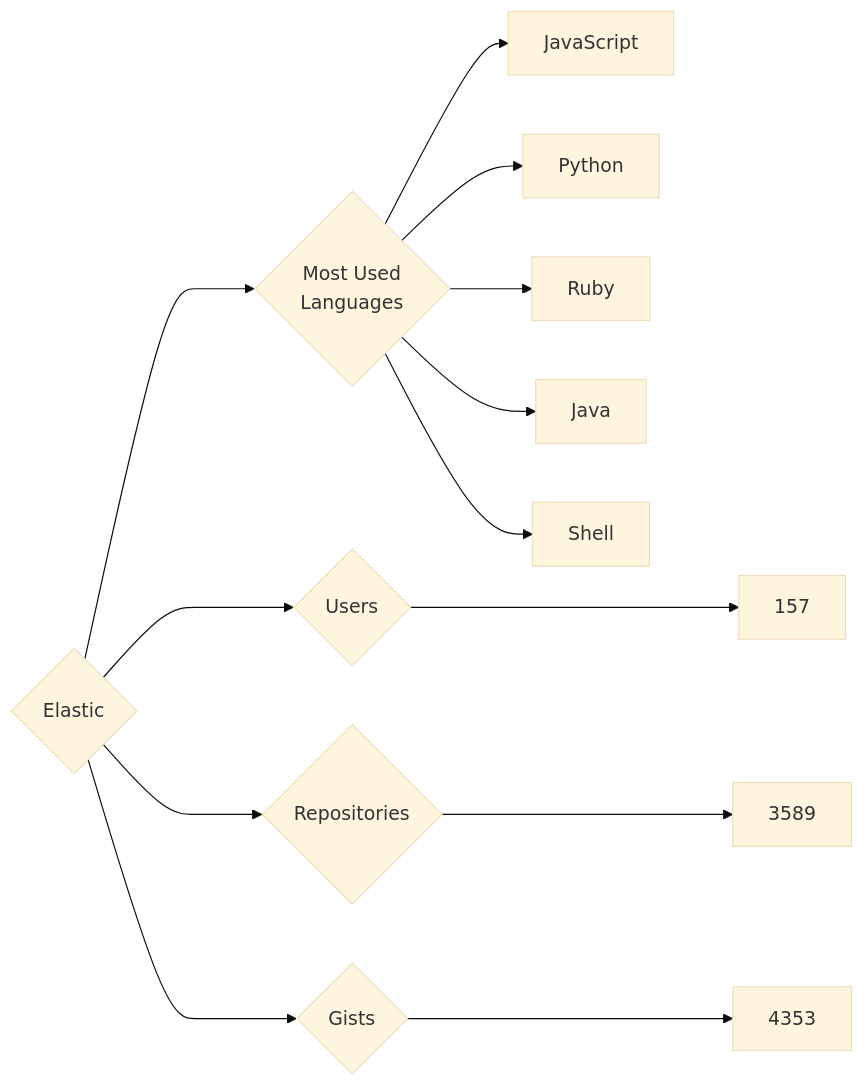
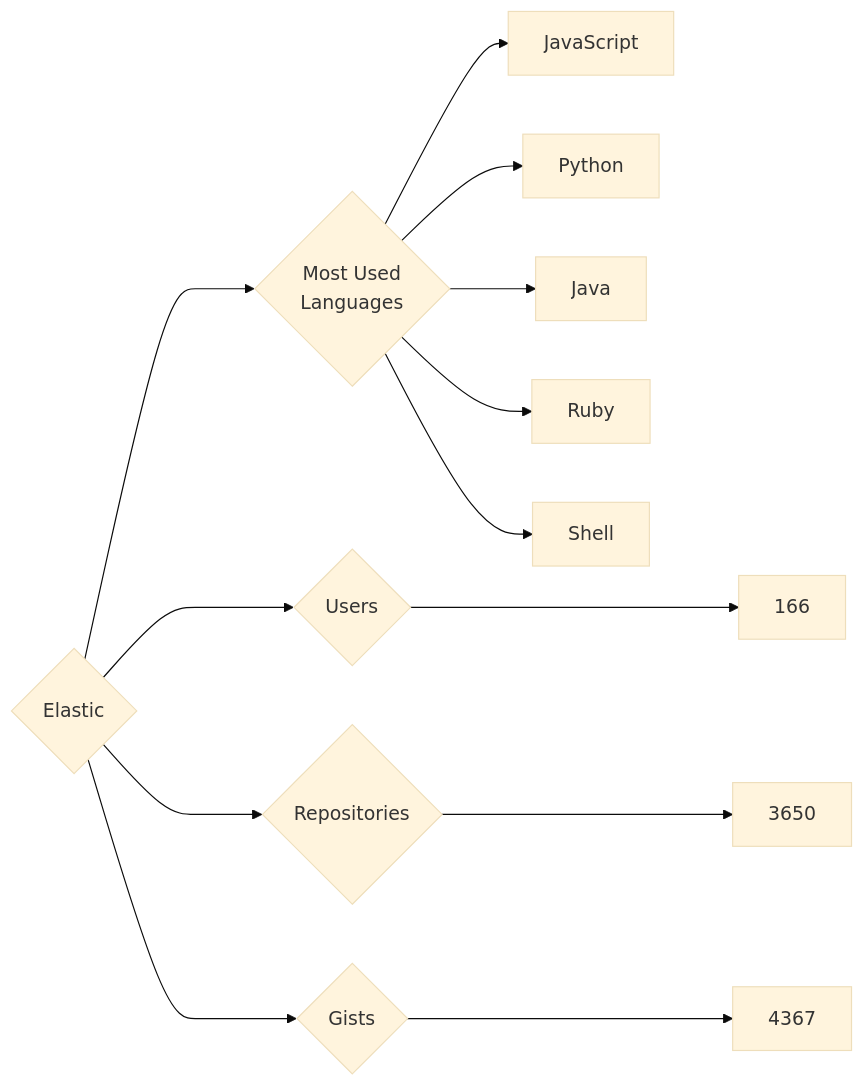
The diagram in targets/Elastic/README.md (trickest/insiders), drawn with Mermaid (base theme) before and after one commit. The commit also changed 720 other files, not shown here.

````diff
--- a/targets/Elastic/README.md
+++ b/targets/Elastic/README.md
@@ -3,13 +3,13 @@
 ```mermaid
 graph LR
 COMPANY_NAME{Elastic}
-COMPANY_NAME ---> U{Users} ---> UN[157]
-COMPANY_NAME ---> R{Repositories} ---> RN[3589]
-COMPANY_NAME ---> G{Gists} ---> GN[4353]
+COMPANY_NAME ---> U{Users} ---> UN[166]
+COMPANY_NAME ---> R{Repositories} ---> RN[3650]
+COMPANY_NAME ---> G{Gists} ---> GN[4367]
 COMPANY_NAME ---> ML{Most Used<br>Languages}
 ML --> JavaScript[JavaScript]
 ML --> Python[Python]
+ML --> Java[Java]
 ML --> Ruby[Ruby]
-ML --> Java[Java]
 ML --> Shell[Shell]
 ```
````
